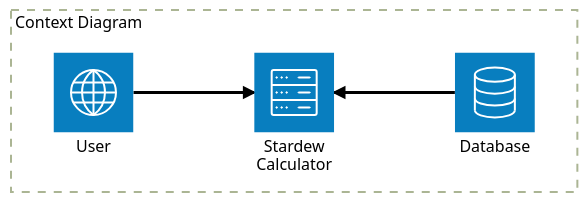
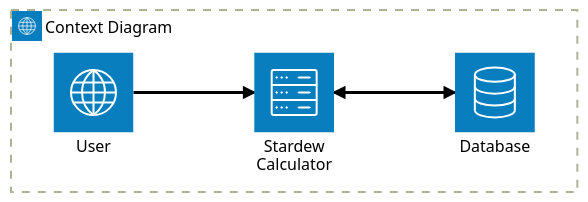
The first of 2 diagrams in README.md (Uplink036/StardewCalculator), drawn with Mermaid (forest theme) before and after one commit. The commit also changed other lines of this file, not shown here.

Commit message:
Add icons to overview

````diff
--- a/README.md
+++ b/README.md
@@ -8,10 +8,10 @@
 ```mermaid
 architecture-beta
-    group context[Context Diagram]
+    group context(internet)[Context Diagram]
     service database(database)[Database] in context
     service user(internet)[User] in context
     service stardew(server)[Stardew Calculator] in context
 
     user:R --> L:stardew
-    database:L --> R:stardew
+    database:L <--> R:stardew
 ```
````
